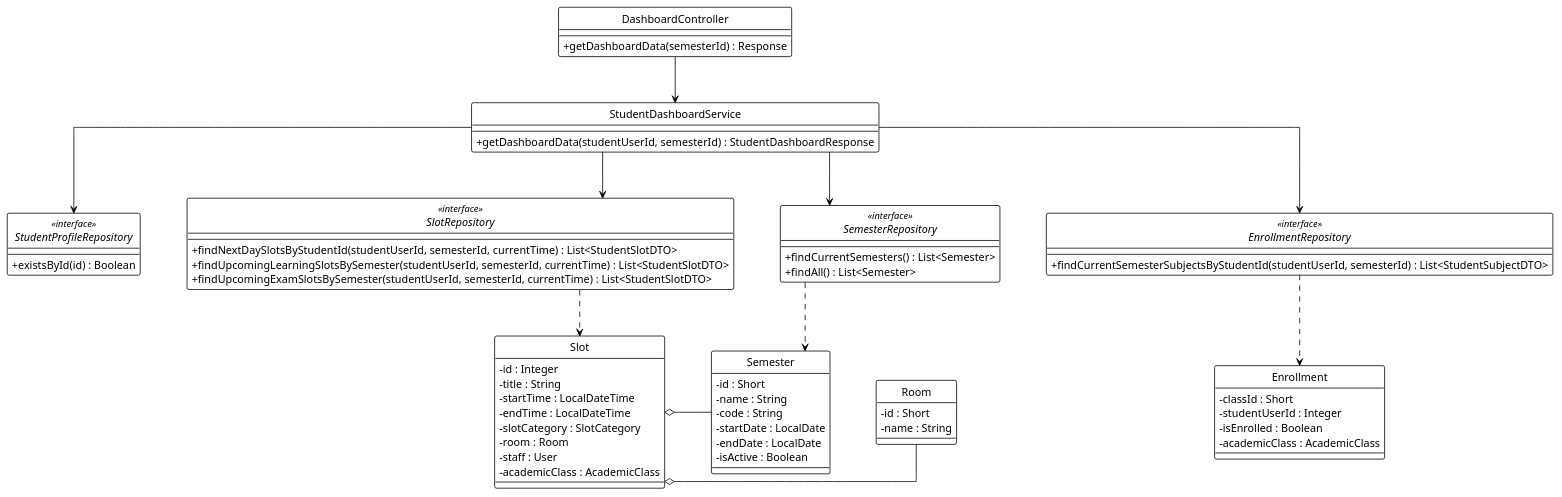
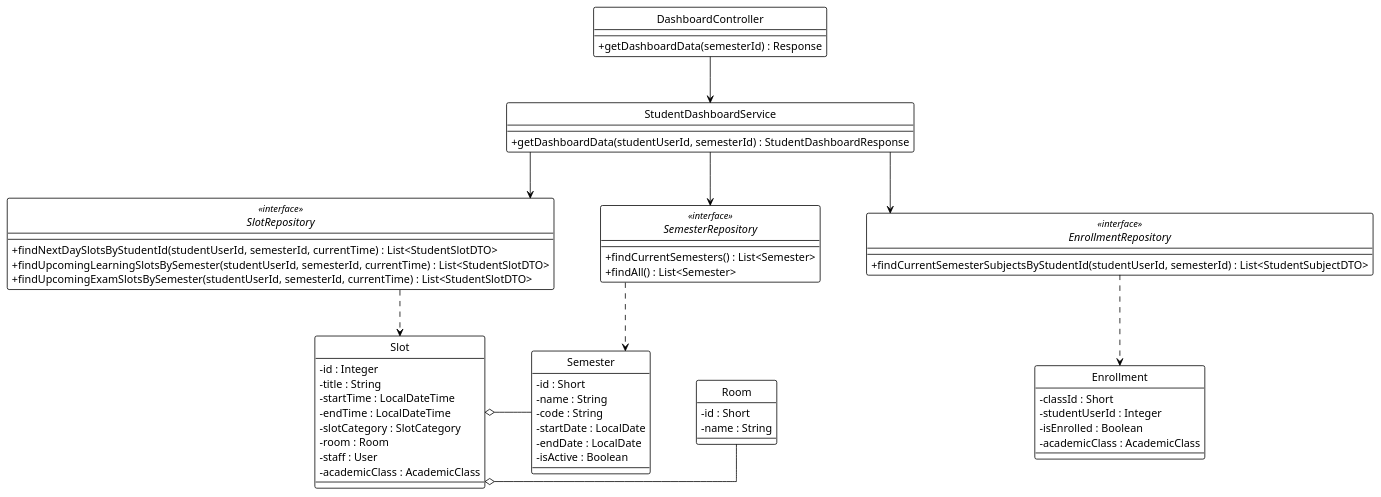
Before and after one commit to Ndh474/context: the diagram in system_detailed_design/76_view_student_timetable/class_diagram_view_student_timetable.puml, drawn with PlantUML. The commit also changed 12 other files, not shown here.

```diff
--- a/system_detailed_design/76_view_student_timetable/class_diagram_view_student_timetable.puml
+++ b/system_detailed_design/76_view_student_timetable/class_diagram_view_student_timetable.puml
@@ -1,90 +1,85 @@
 @startuml view_student_timetable
 !theme plain
 hide circle
 skinparam classAttributeIconSize 0
 
 ' --- CẤU HÌNH "ORTHO" (BẮT BUỘC) ---
 skinparam linetype ortho
 skinparam nodesep 60
 skinparam ranksep 60
 
 ' --- CONTROLLER ---
 class DashboardController {
   + getDashboardData(semesterId) : Response
 }
 
 ' --- SERVICE ---
 class StudentDashboardService {
   + getDashboardData(studentUserId, semesterId) : StudentDashboardResponse
 }
 
 ' --- REPOSITORY ---
-interface StudentProfileRepository <<interface>> {
-  + existsById(id) : Boolean
-}
-
 interface SemesterRepository <<interface>> {
   + findCurrentSemesters() : List<Semester>
   + findAll() : List<Semester>
 }
 
 interface SlotRepository <<interface>> {
   + findNextDaySlotsByStudentId(studentUserId, semesterId, currentTime) : List<StudentSlotDTO>
   + findUpcomingLearningSlotsBySemester(studentUserId, semesterId, currentTime) : List<StudentSlotDTO>
   + findUpcomingExamSlotsBySemester(studentUserId, semesterId, currentTime) : List<StudentSlotDTO>
 }
 
 interface EnrollmentRepository <<interface>> {
   + findCurrentSemesterSubjectsByStudentId(studentUserId, semesterId) : List<StudentSubjectDTO>
 }
 
 ' --- ENTITIES ---
 class Semester {
   - id : Short
   - name : String
   - code : String
   - startDate : LocalDate
   - endDate : LocalDate
   - isActive : Boolean
 }
 
 class Slot {
   - id : Integer
   - title : String
   - startTime : LocalDateTime
   - endTime : LocalDateTime
   - slotCategory : SlotCategory
   - room : Room
   - staff : User
   - academicClass : AcademicClass
 }
 
 class Enrollment {
   - classId : Short
   - studentUserId : Integer
   - isEnrolled : Boolean
   - academicClass : AcademicClass
 }
 
 class Room {
   - id : Short
   - name : String
 }
 
 ' --- DEPENDENCY INJECTION (Association) ---
 DashboardController -down-> StudentDashboardService
-StudentDashboardService -down-> StudentProfileRepository
 StudentDashboardService -down-> SemesterRepository
 StudentDashboardService -down-> SlotRepository
 StudentDashboardService -down-> EnrollmentRepository
 
 ' --- REPOSITORY USAGE (Dependency) ---
 SemesterRepository .down.> Semester
 SlotRepository .down.> Slot
 EnrollmentRepository .down.> Enrollment
 
 ' --- ENTITY RELATIONSHIPS (Aggregation) ---
 Slot o-right- Room
 Slot o-right- Semester
 
 @enduml
```
